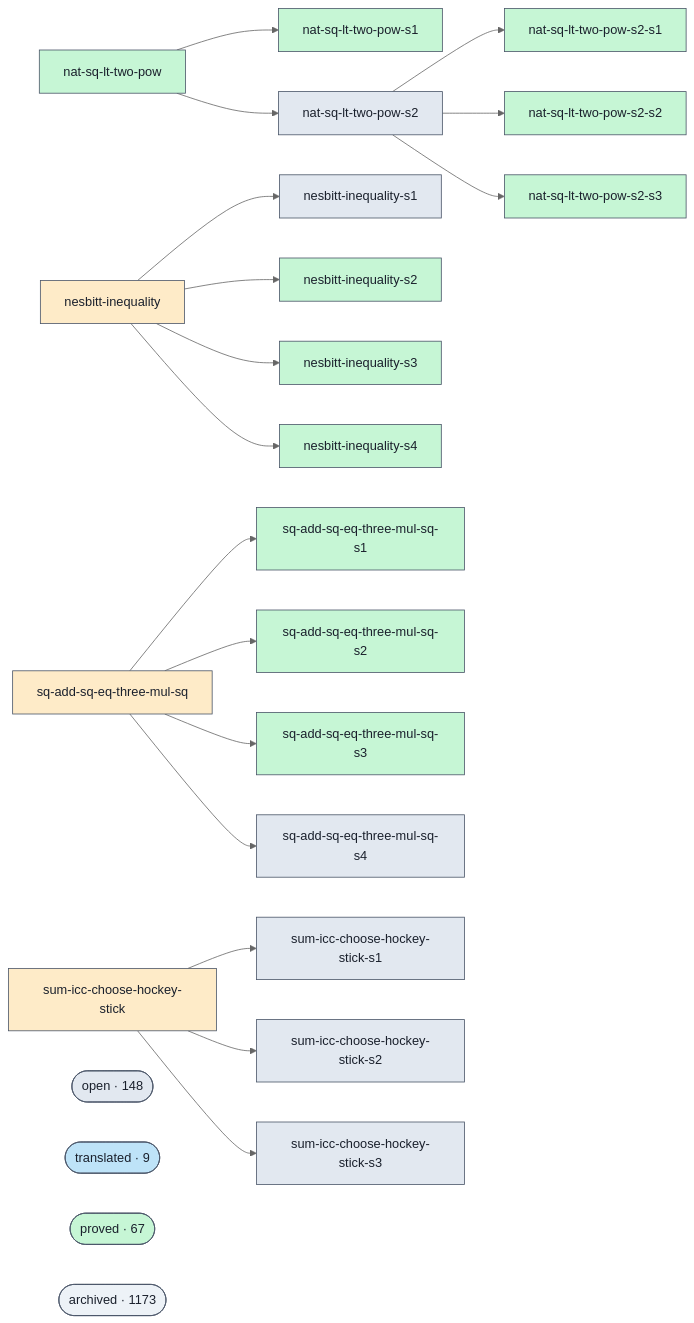
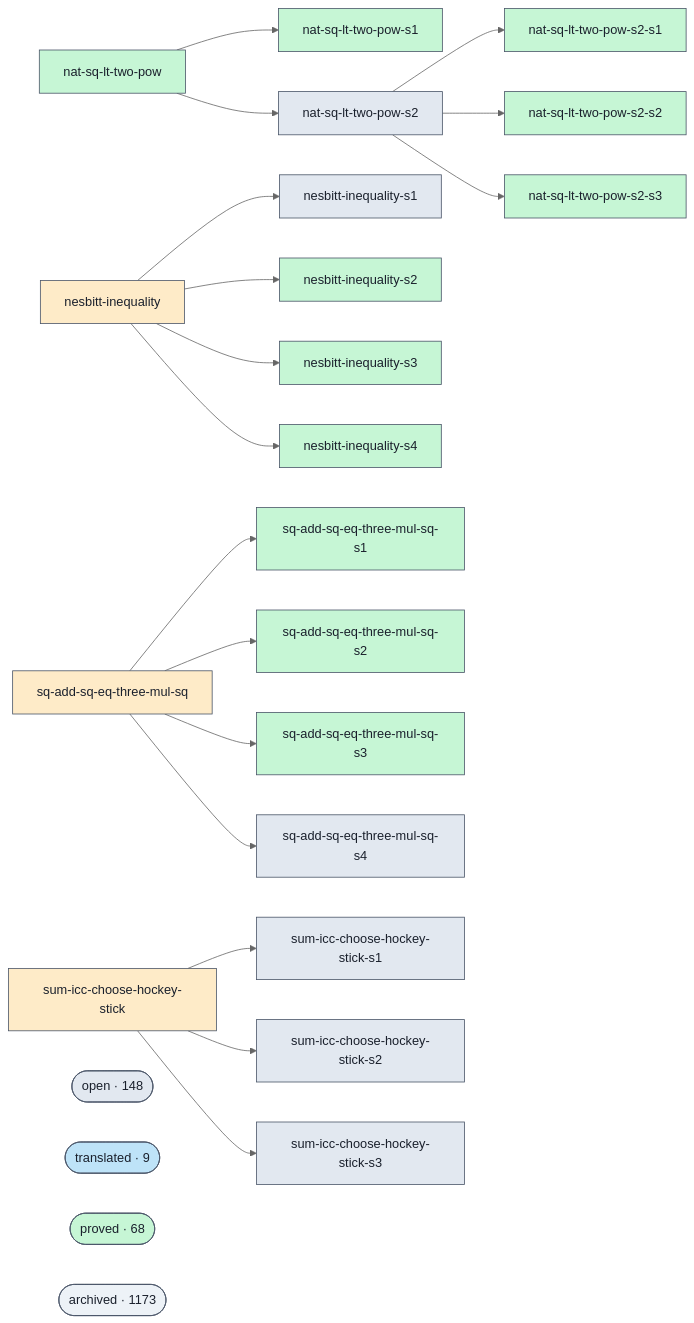
Before and after one commit to ohdearquant/unsorry: the diagram in docs/proofs-contributors-visualisation.md, drawn with Mermaid (neutral theme). The commit also changed other lines of this file and 2 other files, not shown here.

```diff
--- a/docs/proofs-contributors-visualisation.md
+++ b/docs/proofs-contributors-visualisation.md
@@ -102,7 +102,7 @@
   class cluster_open open;
   cluster_translated(["translated · 9"])
   class cluster_translated translated;
-  cluster_proved(["proved · 67"])
+  cluster_proved(["proved · 68"])
   class cluster_proved proved;
   cluster_archived(["archived · 1173"])
   class cluster_archived unknown;
```
